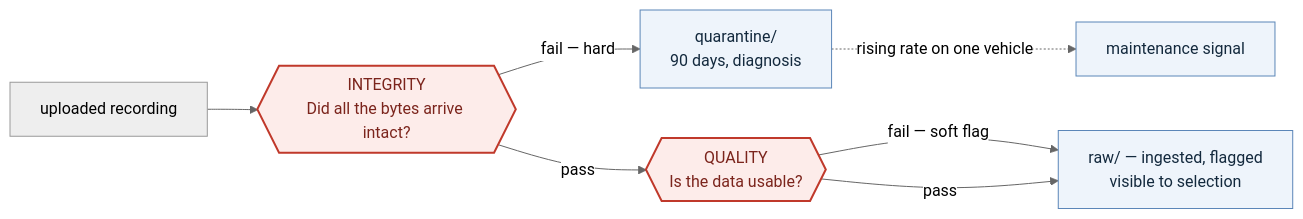
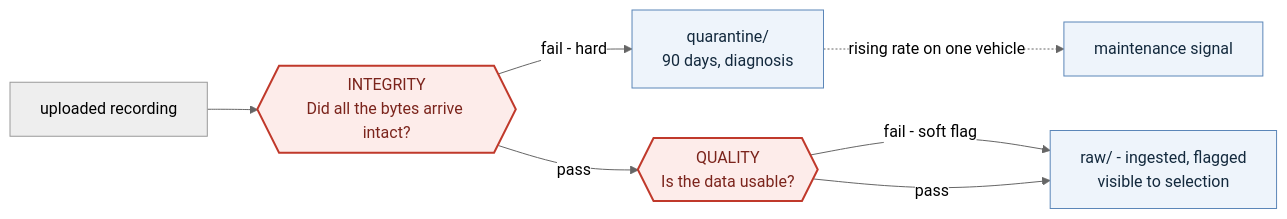
One commit to nakshatravyas/zensomy-data-flywheel changed the first of 2 diagrams in .site/docs/design-document.md. Above: the diagram before and after it, drawn with Mermaid (neutral theme). The commit also changed other lines of this file and 9 other files, not shown here.

````diff
--- a/.site/docs/design-document.md
+++ b/.site/docs/design-document.md
@@ -66,14 +66,14 @@
 ```mermaid
 graph LR
     U["uploaded recording"] --> I{{"INTEGRITY<br/>Did all the bytes arrive intact?"}}
-    I -->|"fail — hard"| Q["quarantine/<br/>90 days, diagnosis"]
+    I -->|"fail - hard"| Q["quarantine/<br/>90 days, diagnosis"]
     I -->|"pass"| QU{{"QUALITY<br/>Is the data usable?"}}
-    QU -->|"fail — soft flag"| R["raw/ — ingested, flagged<br/>visible to selection"]
+    QU -->|"fail - soft flag"| R["raw/ - ingested, flagged<br/>visible to selection"]
     QU -->|"pass"| R
     Q -.->|"rising rate on one vehicle"| M["maintenance signal"]
 
     classDef gate fill:#fdecea,stroke:#c0392b,stroke-width:2px,color:#7b241c
     classDef store fill:#eef4fb,stroke:#5b86b8,color:#13293d
     class I,QU gate
     class Q,R,M store
 ```
````
